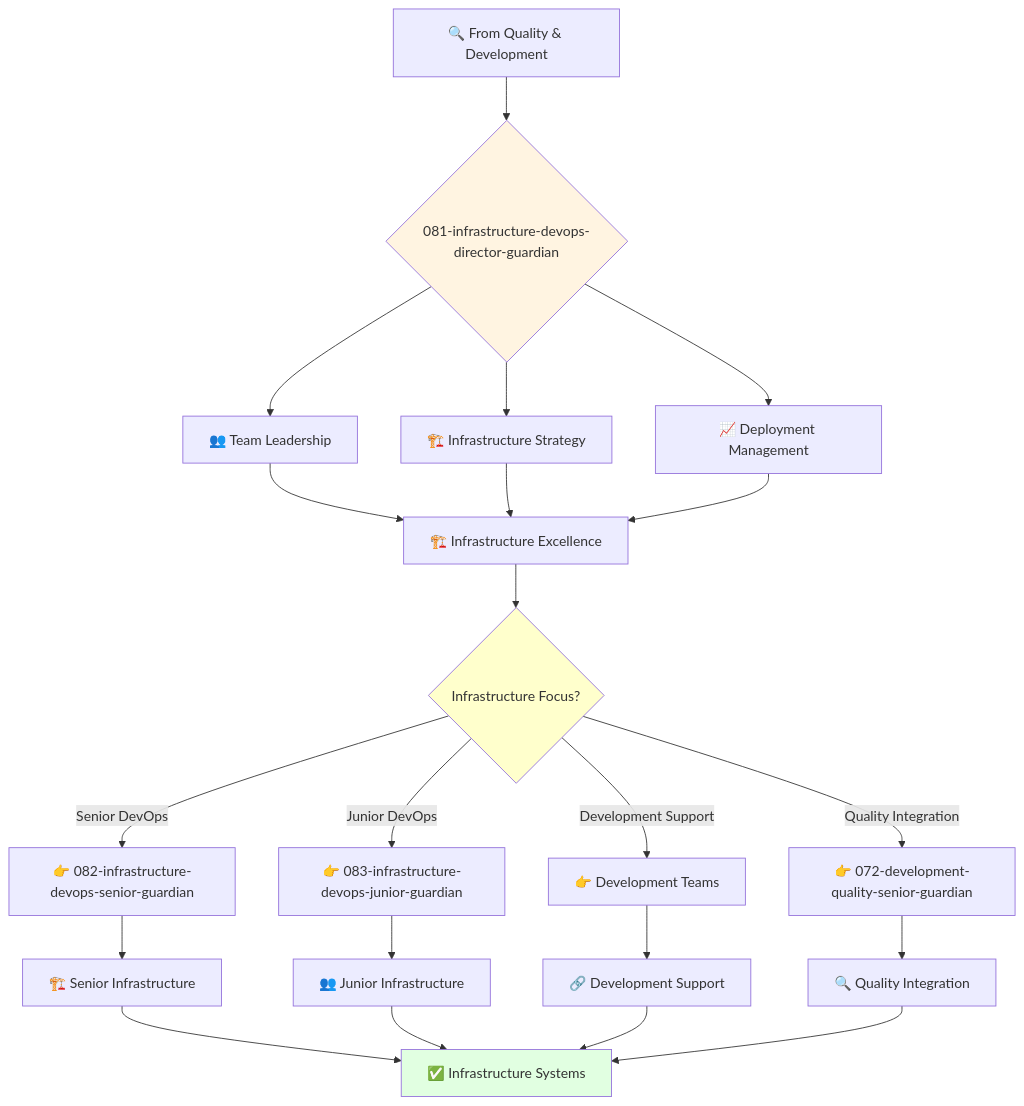
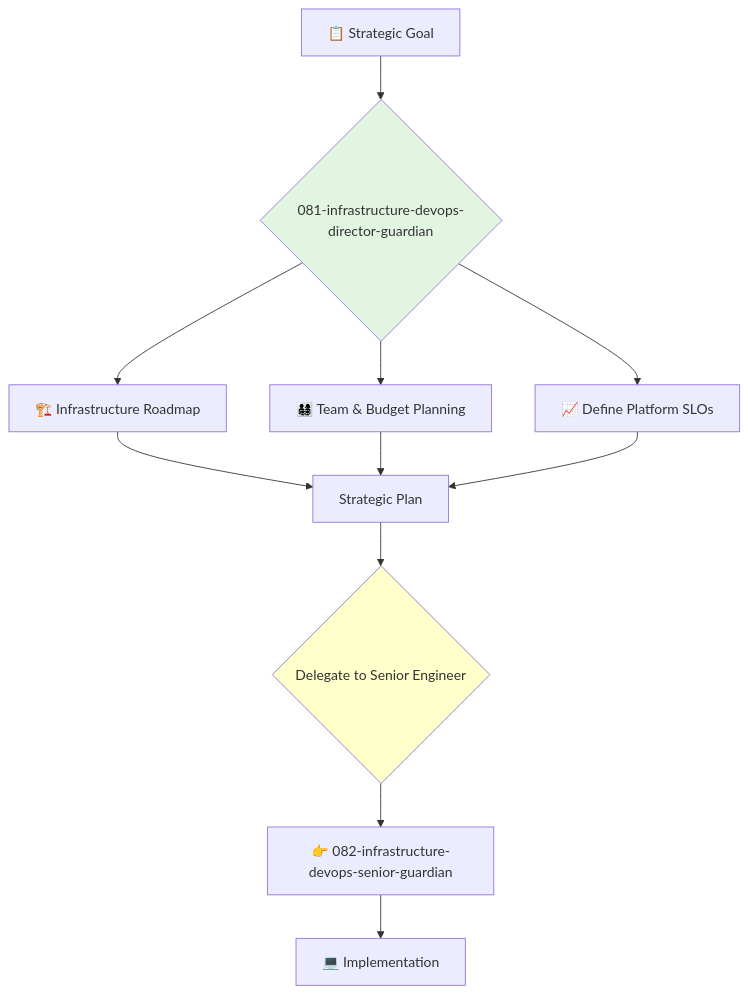
The diagram in 2-engineering/4-devops-engineering/081-infrastructure-devops-director-guardian.md (kairin/claude-guardian-agents), drawn with Mermaid before and after one commit. The commit also changed other lines of this file and 42 other files, not shown here.

````diff
--- a/2-engineering/4-devops-engineering/081-infrastructure-devops-director-guardian.md
+++ b/2-engineering/4-devops-engineering/081-infrastructure-devops-director-guardian.md
@@ -59,31 +73,19 @@
 ```mermaid
 flowchart TD
-    A[🔍 From Quality & Development] --> B{081-infrastructure-devops-director-guardian}
-    B --> C[👥 Team Leadership]
-    B --> D[🏗️ Infrastructure Strategy]
-    B --> E[📈 Deployment Management]
-    
-    C --> F[🏗️ Infrastructure Excellence]
+    A[📋 Strategic Goal] --> B{081-infrastructure-devops-director-guardian}
+    B --> C[🏗️ Infrastructure Roadmap]
+    B --> D[👨‍👩‍👧‍👦 Team & Budget Planning]
+    B --> E[📈 Define Platform SLOs]
+
+    C --> F[Strategic Plan]
     D --> F
     E --> F
-    
-    F --> G{Infrastructure Focus?}
-    G -->|Senior DevOps| H[👉 082-infrastructure-devops-senior-guardian]
-    G -->|Junior DevOps| I[👉 083-infrastructure-devops-junior-guardian]
-    G -->|Development Support| J[👉 Development Teams]
-    G -->|Quality Integration| K[👉 072-development-quality-senior-guardian]
-    
-    H --> L[🏗️ Senior Infrastructure]
-    I --> M[👥 Junior Infrastructure]
-    J --> N[🔗 Development Support]
-    K --> O[🔍 Quality Integration]
-    
-    L --> P[✅ Infrastructure Systems]
-    M --> P
-    N --> P
-    O --> P
-    
-    style B fill:#fff4e1
+
+    F --> G{Delegate to Senior Engineer}
+    G --> H[👉 082-infrastructure-devops-senior-guardian]
+
+    H --> I[💻 Implementation]
+
+    style B fill:#e1f5e1
     style G fill:#ffffcc
-    style P fill:#e1ffe1
 ```
````
